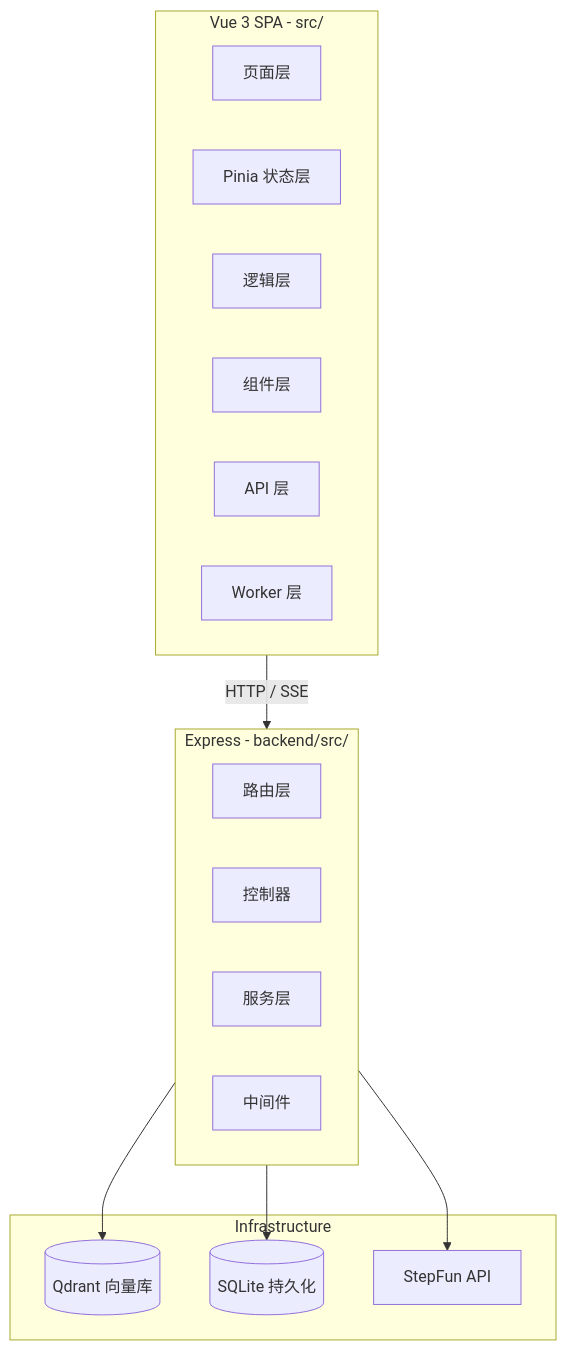
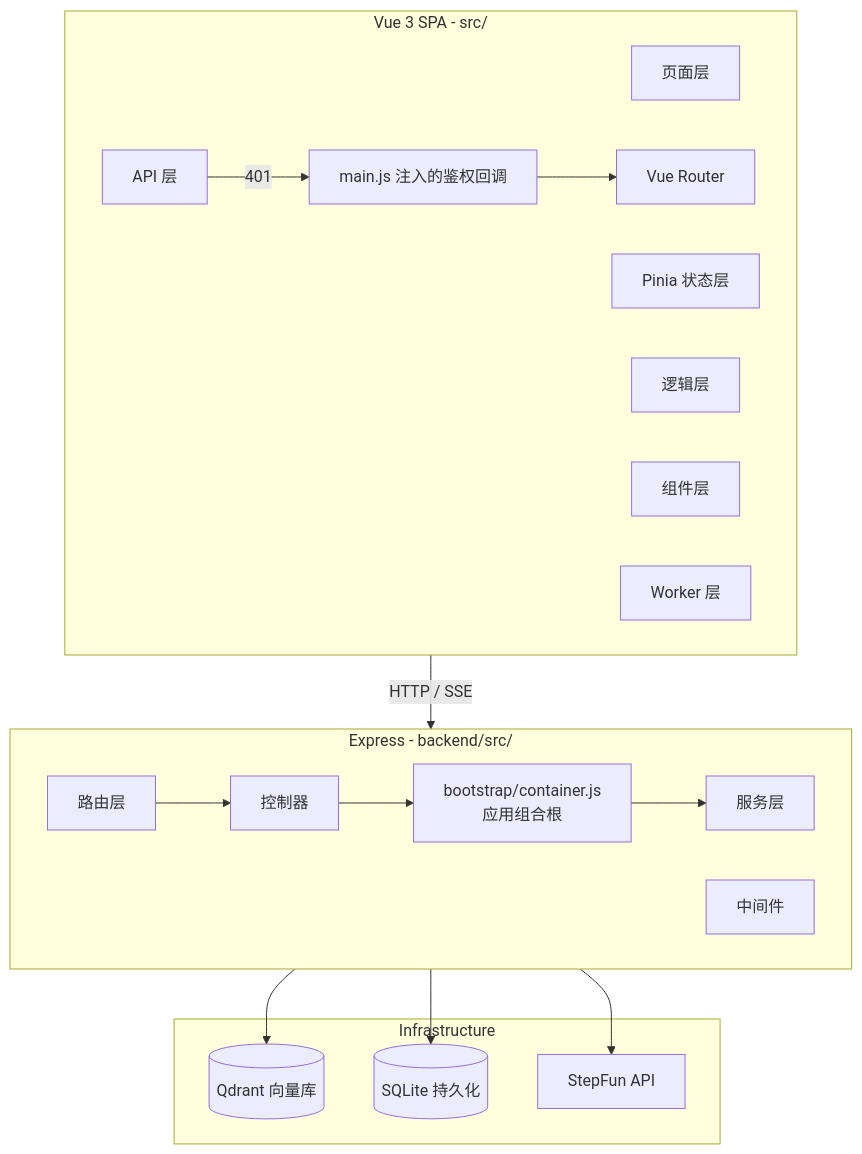
One commit to L123121/Vue3_WUT_LLM changed the first of 6 diagrams in architecture.md. Above: the diagram before and after it, drawn with Mermaid. The commit also changed other lines of this file and 7 other files, not shown here.

````diff
--- a/architecture.md
+++ b/architecture.md
@@ -18,29 +18,37 @@
 ```mermaid
 graph TB
     subgraph 前端 [Vue 3 SPA - src/]
         Views[页面层]
         Stores[Pinia 状态层]
         Composables[逻辑层]
         Components[组件层]
         API[API 层]
+        AuthBoundary[main.js 注入的鉴权回调]
+        Router[Vue Router]
         Workers[Worker 层]
     end
 
     subgraph 后端 [Express - backend/src/]
         Routes[路由层]
         Controllers[控制器]
+        Container[bootstrap/container.js\n应用组合根]
         Services[服务层]
         Middleware[中间件]
     end
 
     subgraph 基础设施 [Infrastructure]
         Qdrant[(Qdrant 向量库)]
         SQLite[(SQLite 持久化)]
         StepFun[StepFun API]
     end
 
     前端 -->|HTTP / SSE| 后端
+    API -->|401| AuthBoundary
+    AuthBoundary --> Router
+    Routes --> Controllers
+    Controllers --> Container
+    Container --> Services
     后端 --> Qdrant
     后端 --> SQLite
     后端 --> StepFun
 ```
````
